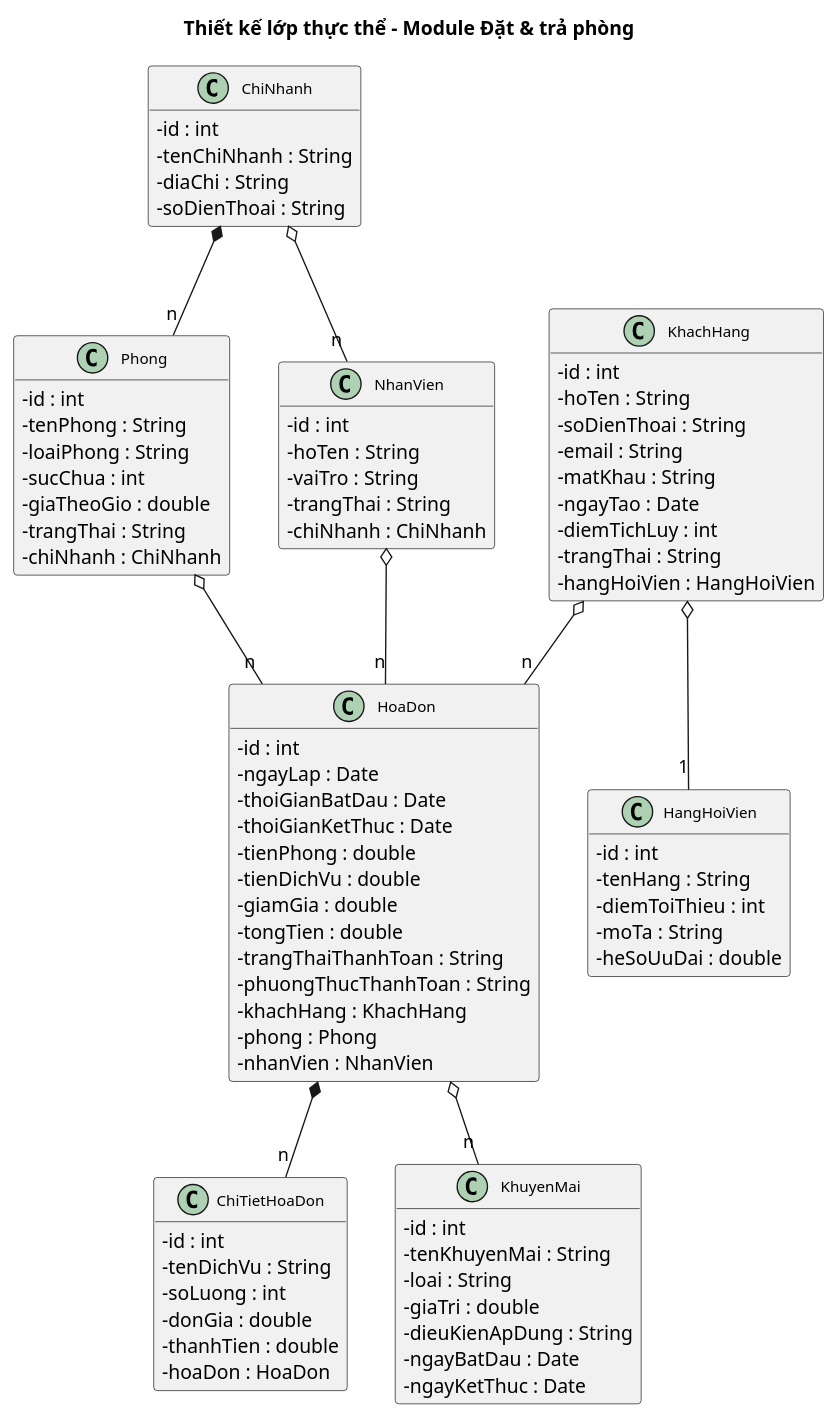
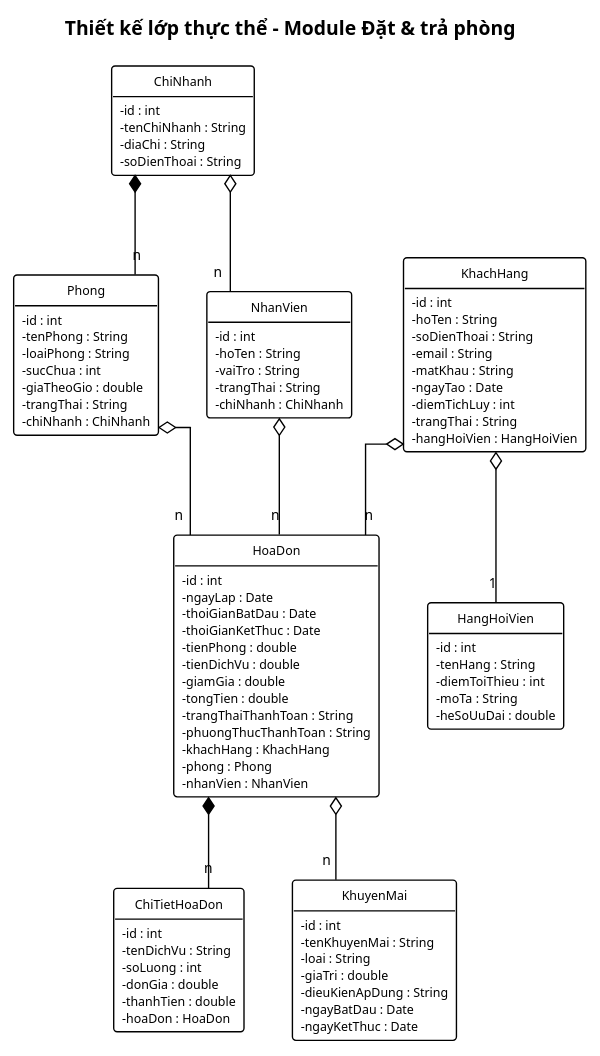
One commit to thanhtrnnn/cnpm changed the diagram in docs/tabs/section-booking-iii.1.md. Above: the diagram before and after it, drawn with PlantUML. The commit also changed 10 other files, not shown here.

First line of the commit message:
fix: align with skill changes — DAO architecture, Vietnamese method names, PlantUML v2

````diff
--- a/docs/tabs/section-booking-iii.1.md
+++ b/docs/tabs/section-booking-iii.1.md
@@ -52,7 +52,24 @@
 ```plantuml
 @startuml
-skinparam classAttributeIconSize 0
-skinparam classFontSize 11
+' === VP Base Theme v2 ===
+skinparam linetype ortho
+skinparam defaultFontName "Arial"
+skinparam defaultFontSize 10
+skinparam shadowing false
+skinparam arrowColor #000000
+skinparam lineColor #000000
+hide circle
+
+skinparam class {
+  BackgroundColor #FFFFFF
+  BorderColor #000000
+  FontColor #000000
+  FontSize 11
+  AttributeFontSize 9
+  AttributeIconSize 0
+  BorderThickness 1
+}
+
 hide empty members
 
 title Thiết kế lớp thực thể - Module Đặt & trả phòng
````
